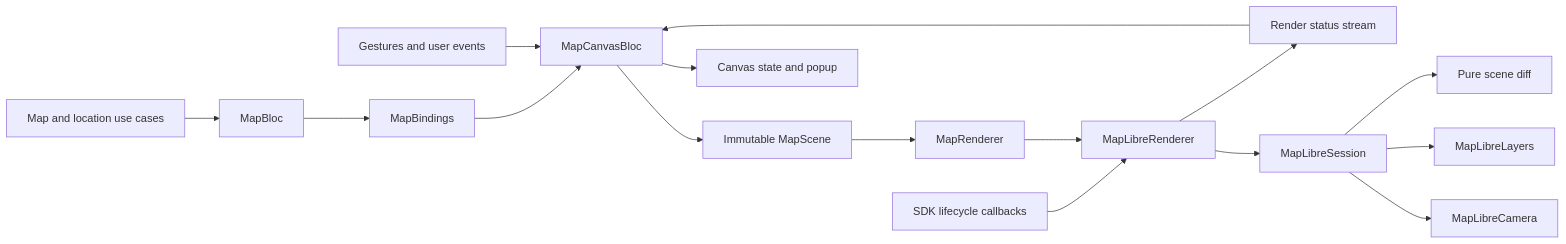
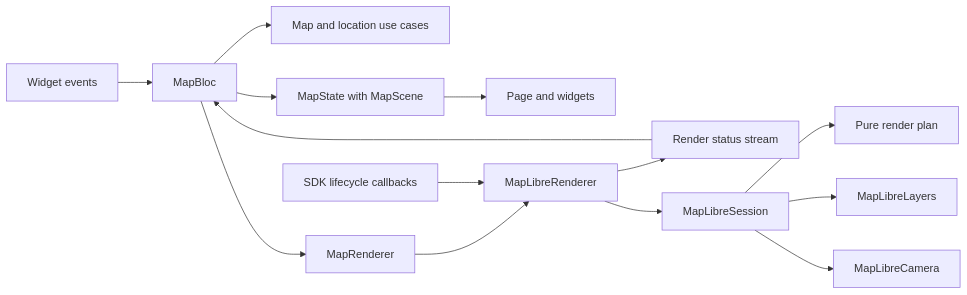
The diagram in docs/map-architecture.md (fajarxfce/test-mapid), drawn with Mermaid before and after one commit. The commit also changed other lines of this file and 51 other files, not shown here.

Commit message:
refactor(map): consolidate page state and interactions in one Bloc

````diff
--- a/docs/map-architecture.md
+++ b/docs/map-architecture.md
@@ -12,18 +12,16 @@
 ```mermaid
 flowchart LR
-    APIs[Map and location use cases] --> Data[MapBloc]
-    Data --> Binding[MapBindings]
-    Binding --> Canvas[MapCanvasBloc]
-    Input[Gestures and user events] --> Canvas
+    UI[Widget events] --> Bloc[MapBloc]
+    Bloc --> UseCases[Map and location use cases]
+    Bloc --> State[MapState with MapScene]
+    State --> Widgets[Page and widgets]
+    Bloc --> Port[MapRenderer]
+    Port --> Adapter[MapLibreRenderer]
     Native[SDK lifecycle callbacks] --> Adapter
     Adapter --> Status[Render status stream]
-    Status --> Canvas
-    Canvas --> Scene[Immutable MapScene]
-    Canvas --> View[Canvas state and popup]
-    Scene --> Port[MapRenderer]
-    Port --> Adapter[MapLibreRenderer]
+    Status --> Bloc
     Adapter --> Session[MapLibreSession]
-    Session --> Diff[Pure scene diff]
+    Session --> Plan[Pure render plan]
     Session --> Layers[MapLibreLayers]
     Session --> Camera[MapLibreCamera]
 ```
````
